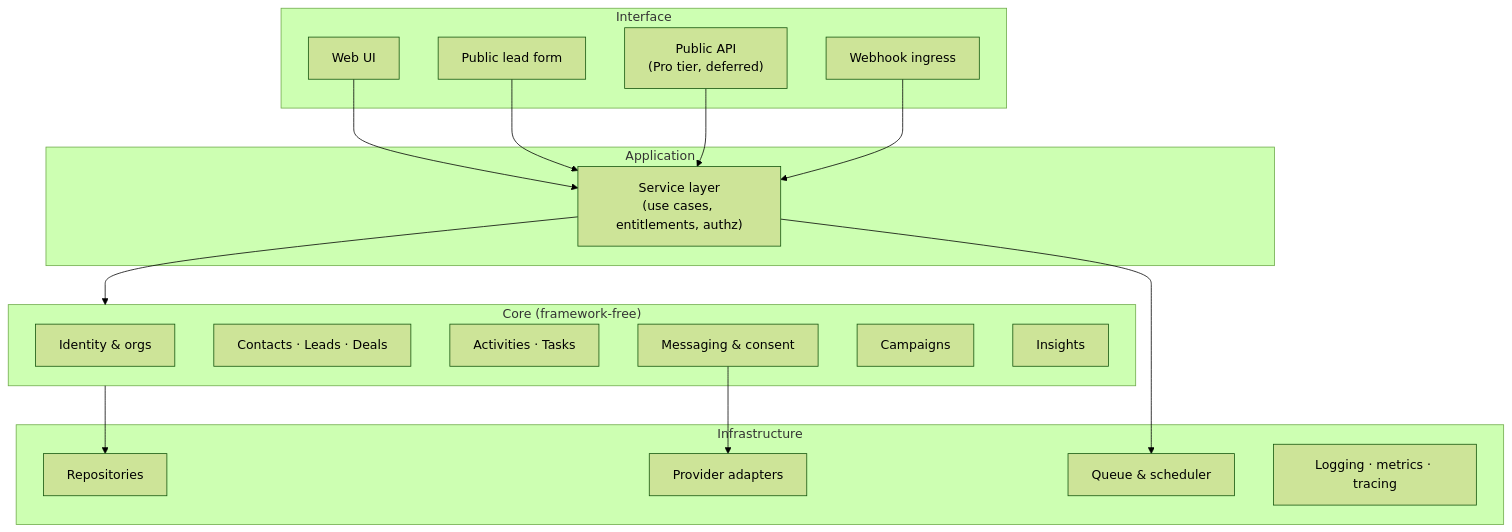
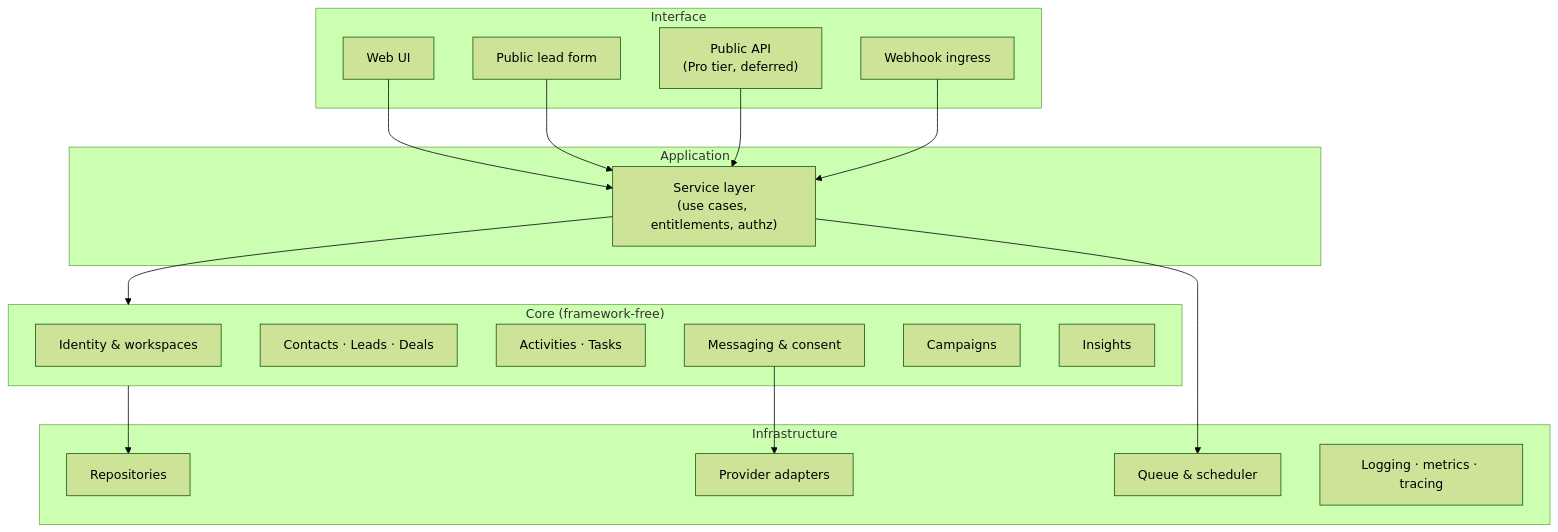
Before and after one commit to convertap/convert: the second of 7 diagrams in docs/architecture.md, drawn with Mermaid (forest theme). The commit also changed other lines of this file and 26 other files, not shown here.

````diff
--- a/docs/architecture.md
+++ b/docs/architecture.md
@@ -106,34 +106,34 @@
 ```mermaid
 graph TD
   subgraph Interface
     UI["Web UI"]
     PUB["Public lead form"]
     API["Public API<br/>(Pro tier, deferred)"]
     WH["Webhook ingress"]
   end
   subgraph Application
     SVC["Service layer<br/>(use cases, entitlements, authz)"]
   end
   subgraph Core["Core (framework-free)"]
-    ID["Identity & orgs"]
+    ID["Identity & workspaces"]
     CRM["Contacts · Leads · Deals"]
     ACT["Activities · Tasks"]
     MSG["Messaging & consent"]
     CMP["Campaigns"]
     INS["Insights"]
   end
   subgraph Infrastructure
     REPO["Repositories"]
     ADP["Provider adapters"]
     JOBS["Queue & scheduler"]
     OBS["Logging · metrics · tracing"]
   end
   UI --> SVC
   PUB --> SVC
   API --> SVC
   WH --> SVC
   SVC --> Core
   Core --> REPO
   SVC --> JOBS
   MSG --> ADP
 ```
````
